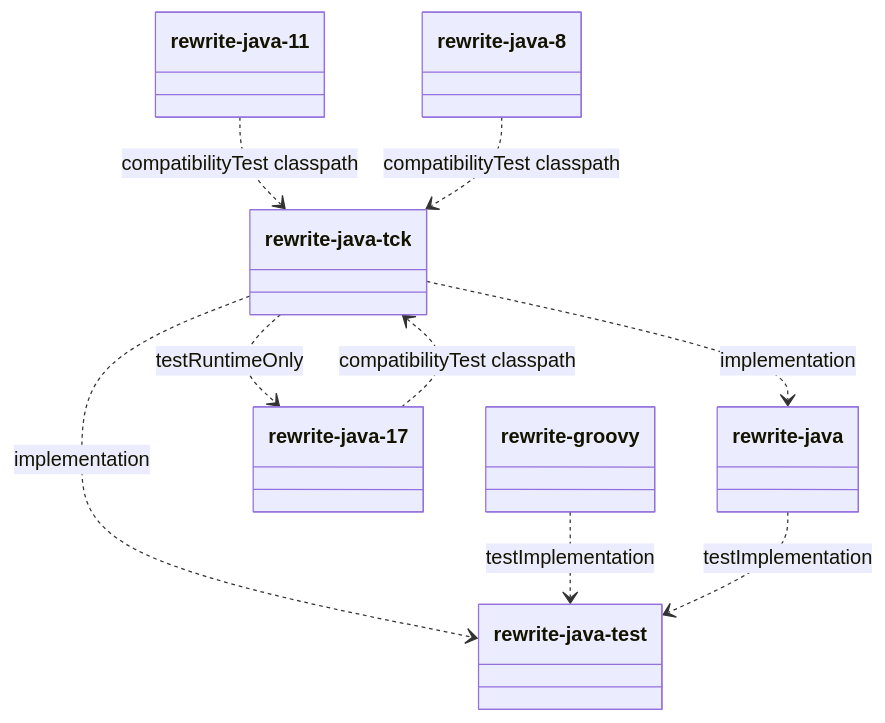
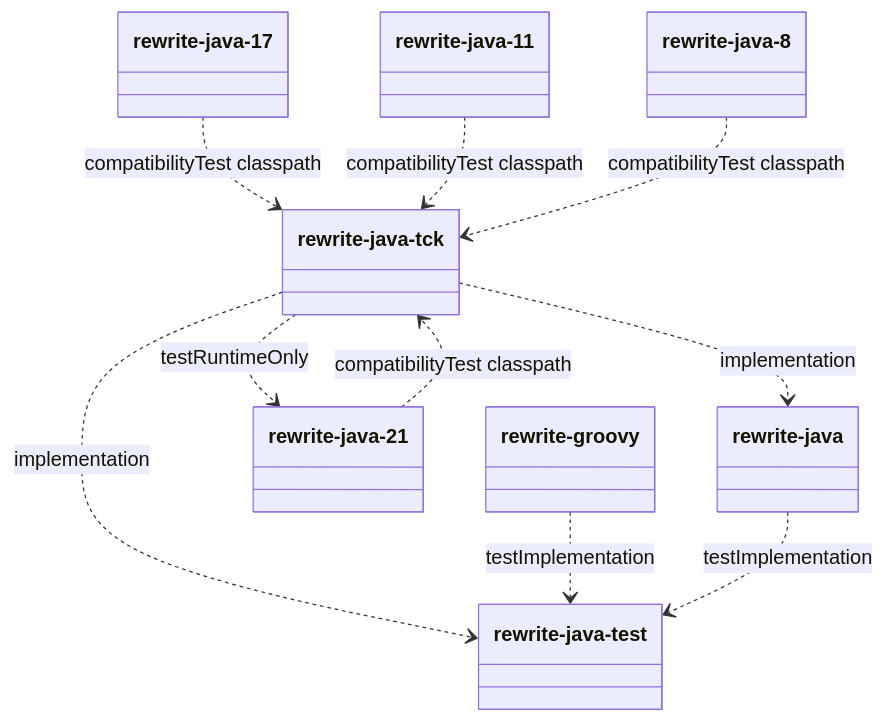
One commit to openrewrite/rewrite changed the diagram in rewrite-java-tck/README.md. Above: the diagram before and after it, drawn with Mermaid. The commit also changed other lines of this file and 22 other files, not shown here.

````diff
--- a/rewrite-java-tck/README.md
+++ b/rewrite-java-tck/README.md
@@ -9,11 +9,12 @@
 ```mermaid
 classDiagram
 `rewrite-java-tck` ..> `rewrite-java`: implementation
 `rewrite-java-tck` ..> `rewrite-java-test`: implementation
+`rewrite-java-21` ..> `rewrite-java-tck` : compatibilityTest classpath
 `rewrite-java-17` ..> `rewrite-java-tck` : compatibilityTest classpath
 `rewrite-java-11` ..> `rewrite-java-tck` : compatibilityTest classpath
 `rewrite-java-8` ..> `rewrite-java-tck` : compatibilityTest classpath
 `rewrite-groovy` ..> `rewrite-java-test` : testImplementation
 `rewrite-java` ..> `rewrite-java-test` : testImplementation
-`rewrite-java-tck` ..> `rewrite-java-17`: testRuntimeOnly
+`rewrite-java-tck` ..> `rewrite-java-21`: testRuntimeOnly
 ```
````
